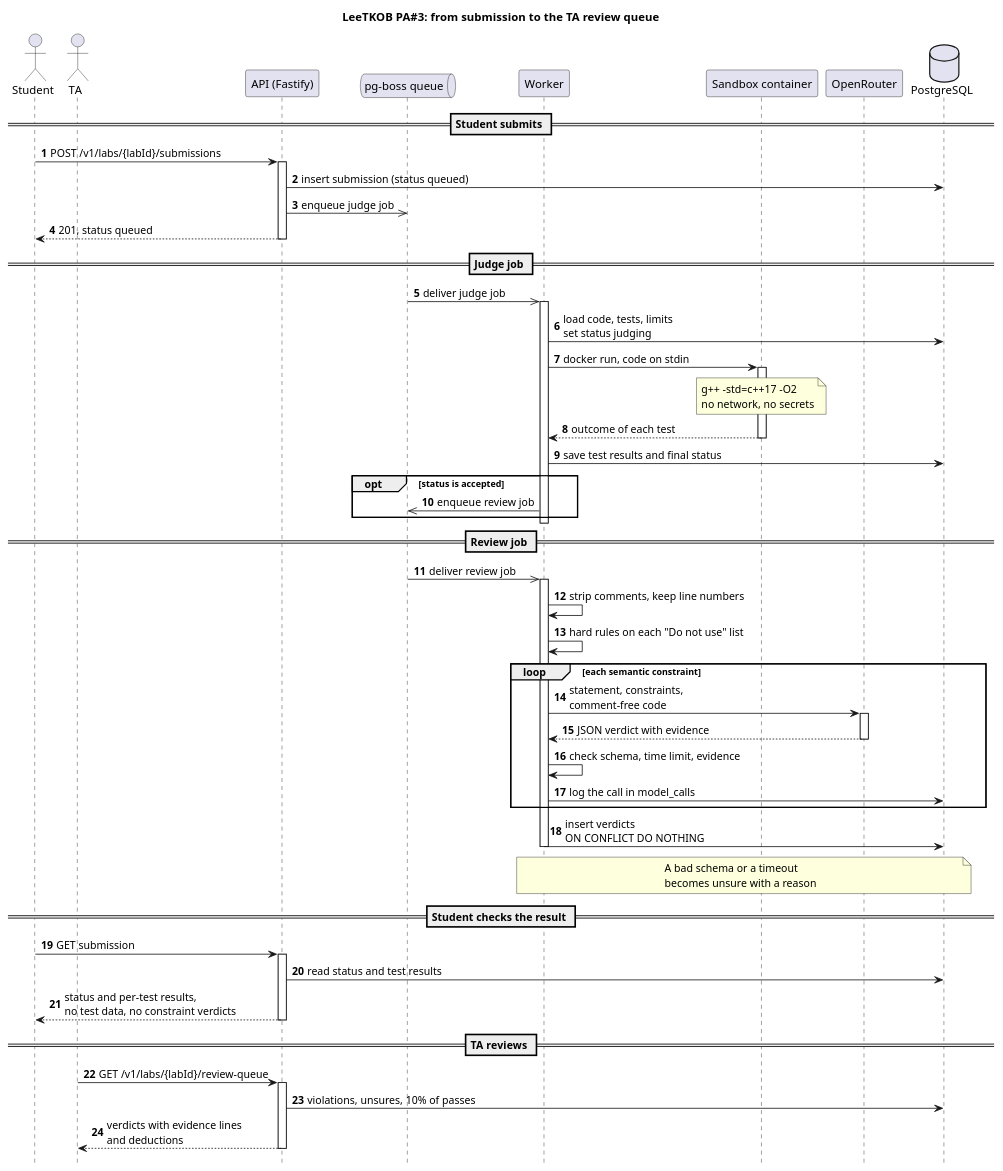
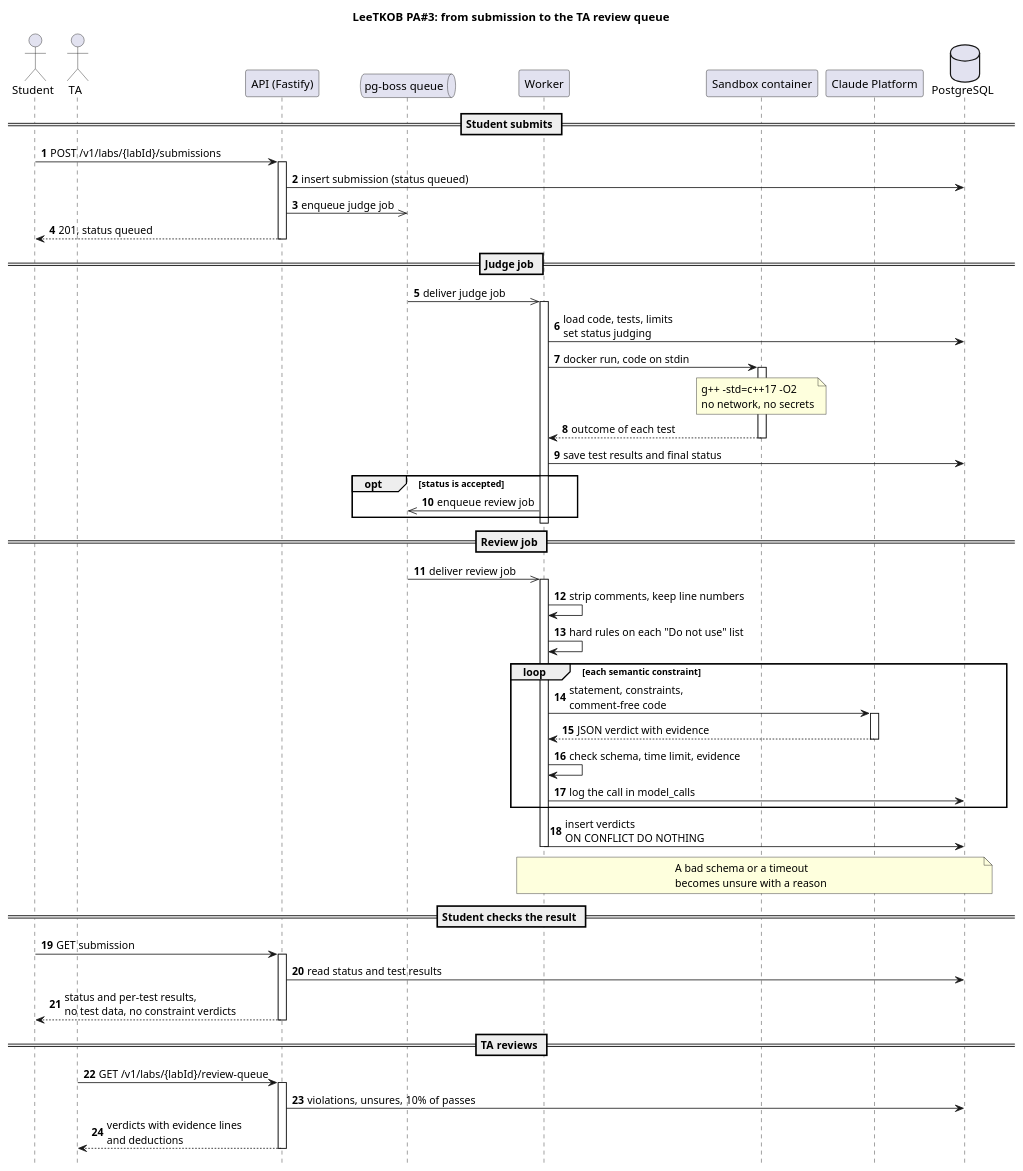
The diagram in docs/diagrams/pa3-flow.puml (xyberr81/CSC13114-AWAD-FinalProject), drawn with PlantUML before and after one commit. The commit also changed 16 other files, not shown here.

First line of the commit message:
review: call the model on the Claude Platform instead of OpenRouter

```diff
--- a/docs/diagrams/pa3-flow.puml
+++ b/docs/diagrams/pa3-flow.puml
@@ -1,54 +1,54 @@
 title LeeTKOB PA#3: from submission to the TA review queue
 autonumber
 hide footbox
 
 actor Student
 actor TA
 participant "API (Fastify)" as API
 queue "pg-boss queue" as Q
 participant "Worker" as W
 participant "Sandbox container" as SB
-participant "OpenRouter" as LLM
+participant "Claude Platform" as LLM
 database "PostgreSQL" as DB
 
 == Student submits ==
 Student -> API ++ : POST /v1/labs/{labId}/submissions
 API -> DB : insert submission (status queued)
 API ->> Q : enqueue judge job
 API --> Student -- : 201, status queued
 
 == Judge job ==
 Q ->> W ++ : deliver judge job
 W -> DB : load code, tests, limits\nset status judging
 W -> SB ++ : docker run, code on stdin
 note over SB : g++ -std=c++17 -O2\nno network, no secrets
 SB --> W -- : outcome of each test
 W -> DB : save test results and final status
 opt status is accepted
   W ->> Q : enqueue review job
 end
 deactivate W
 
 == Review job ==
 Q ->> W ++ : deliver review job
 W -> W : strip comments, keep line numbers
 W -> W : hard rules on each "Do not use" list
 loop each semantic constraint
   W -> LLM ++ : statement, constraints,\ncomment-free code
   LLM --> W -- : JSON verdict with evidence
   W -> W : check schema, time limit, evidence
   W -> DB : log the call in model_calls
 end
 W -> DB : insert verdicts\nON CONFLICT DO NOTHING
 deactivate W
 note over W, DB : A bad schema or a timeout\nbecomes unsure with a reason
 
 == Student checks the result ==
 Student -> API ++ : GET submission
 API -> DB : read status and test results
 API --> Student -- : status and per-test results,\nno test data, no constraint verdicts
 
 == TA reviews ==
 TA -> API ++ : GET /v1/labs/{labId}/review-queue
 API -> DB : violations, unsures, 10% of passes
 API --> TA -- : verdicts with evidence lines\nand deductions
```
